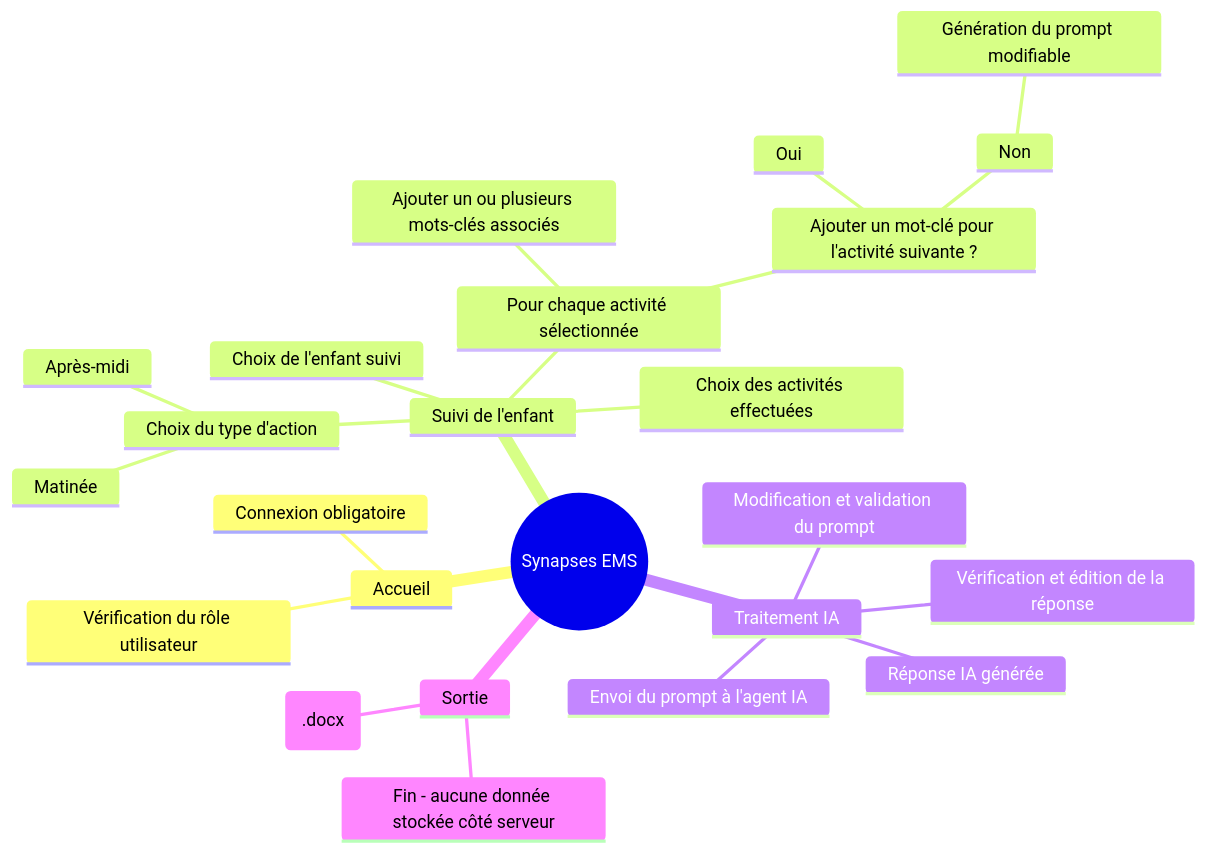
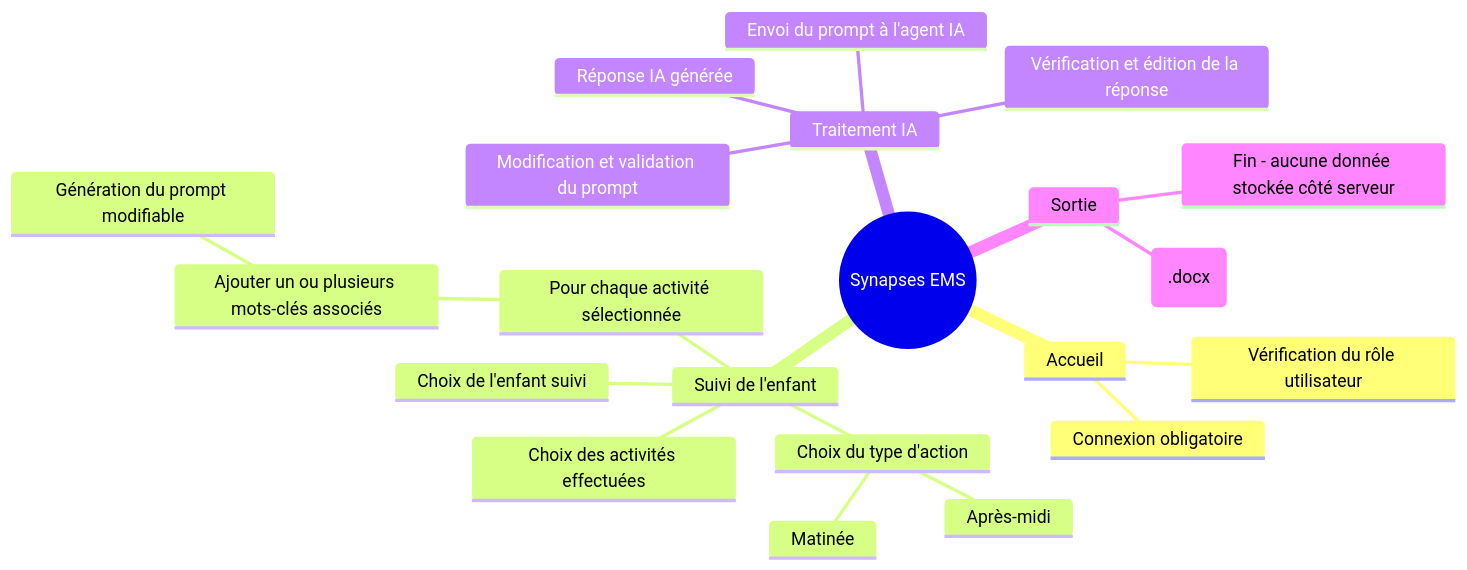
Before and after one commit to vlldnt/Synapses_ESMS: the diagram in README.md, drawn with Mermaid.

Commit message:
fix: streamline mindmap in README by removing redundant keyword prompt question

````diff
--- a/README.md
+++ b/README.md
@@ -4,27 +4,24 @@
 ```mermaid
 mindmap
     root((Synapses EMS))
         Accueil
             Connexion obligatoire
             Vérification du rôle utilisateur
         Suivi de l'enfant
             Choix de l'enfant suivi
             Choix du type d'action
                 Matinée
                 Après-midi
             Choix des activités effectuées
             Pour chaque activité sélectionnée
                 Ajouter un ou plusieurs mots-clés associés
-                Ajouter un mot-clé pour l'activité suivante ?
-                    Oui
-                    Non
-                        Génération du prompt modifiable
+                    Génération du prompt modifiable
         Traitement IA
             Modification et validation du prompt
             Envoi du prompt à l'agent IA
             Réponse IA générée
             Vérification et édition de la réponse
         Sortie
             Téléchargement sécurisé du document Word (.docx)
             Fin - aucune donnée stockée côté serveur
 ```
````
